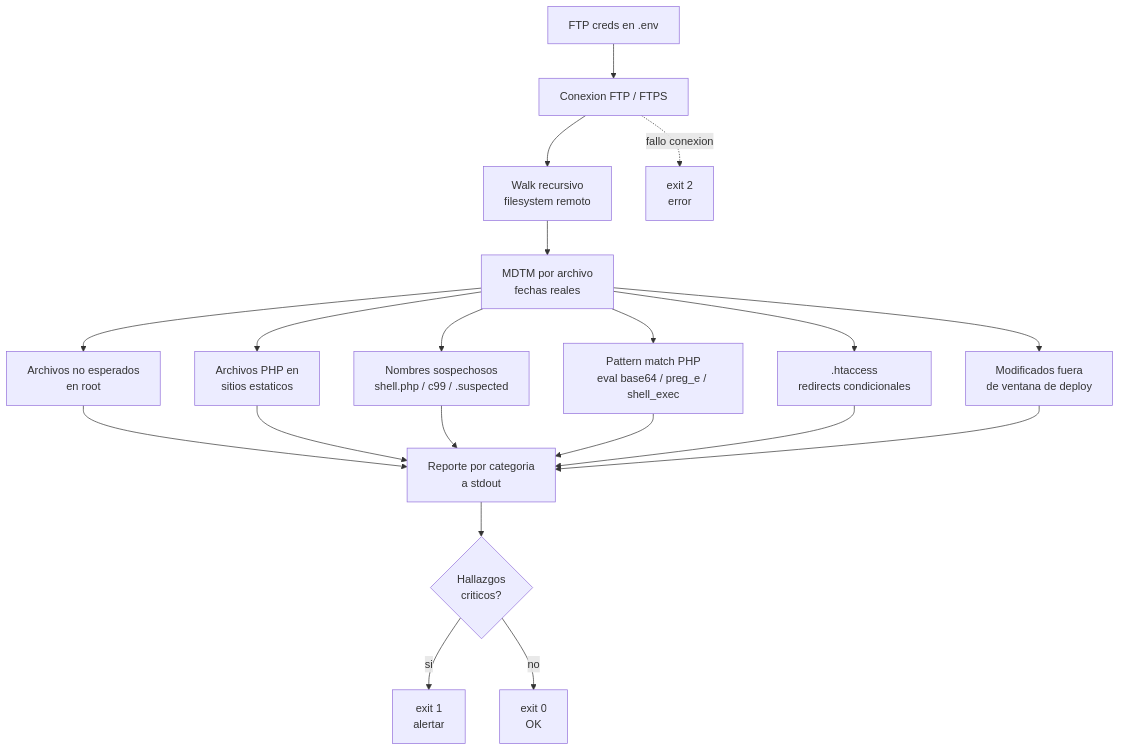
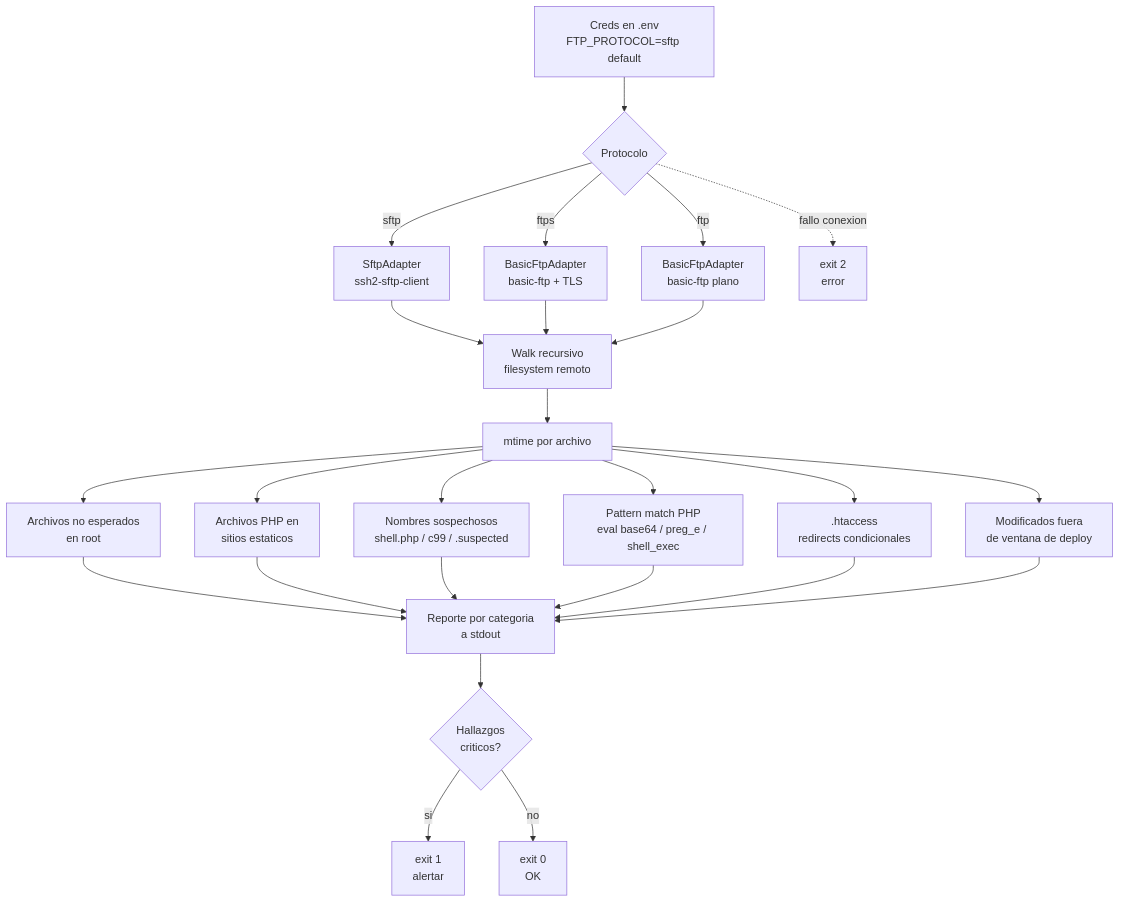
Before and after one commit to sarteta/ftp-audit: the diagram in README.md, drawn with Mermaid. The commit also changed other lines of this file and 4 other files, not shown here.

First line of the commit message:
Add SFTP support via adapter pattern

````diff
--- a/README.md
+++ b/README.md
@@ -9,22 +19,27 @@
 ```mermaid
 flowchart TD
-    A[FTP creds en .env] --> B[Conexion FTP / FTPS]
-    B --> C[Walk recursivo<br/>filesystem remoto]
-    C --> D[MDTM por archivo<br/>fechas reales]
+    A[Creds en .env<br/>FTP_PROTOCOL=sftp default] --> B{Protocolo}
+    B -->|sftp| S[SftpAdapter<br/>ssh2-sftp-client]
+    B -->|ftps| F[BasicFtpAdapter<br/>basic-ftp + TLS]
+    B -->|ftp| P[BasicFtpAdapter<br/>basic-ftp plano]
+    S --> C[Walk recursivo<br/>filesystem remoto]
+    F --> C
+    P --> C
+    C --> D[mtime por archivo]
     D --> E1[Archivos no esperados<br/>en root]
     D --> E2[Archivos PHP en<br/>sitios estaticos]
     D --> E3[Nombres sospechosos<br/>shell.php / c99 / .suspected]
     D --> E4[Pattern match PHP<br/>eval base64 / preg_e / shell_exec]
     D --> E5[.htaccess<br/>redirects condicionales]
     D --> E6[Modificados fuera<br/>de ventana de deploy]
     E1 --> R[Reporte por categoria<br/>a stdout]
     E2 --> R
     E3 --> R
     E4 --> R
     E5 --> R
     E6 --> R
     R --> X{Hallazgos<br/>criticos?}
-    X -->|si| F[exit 1<br/>alertar]
-    X -->|no| G[exit 0<br/>OK]
-    B -.->|fallo conexion| H[exit 2<br/>error]
+    X -->|si| EX1[exit 1<br/>alertar]
+    X -->|no| EX0[exit 0<br/>OK]
+    B -.->|fallo conexion| EX2[exit 2<br/>error]
 ```
````
